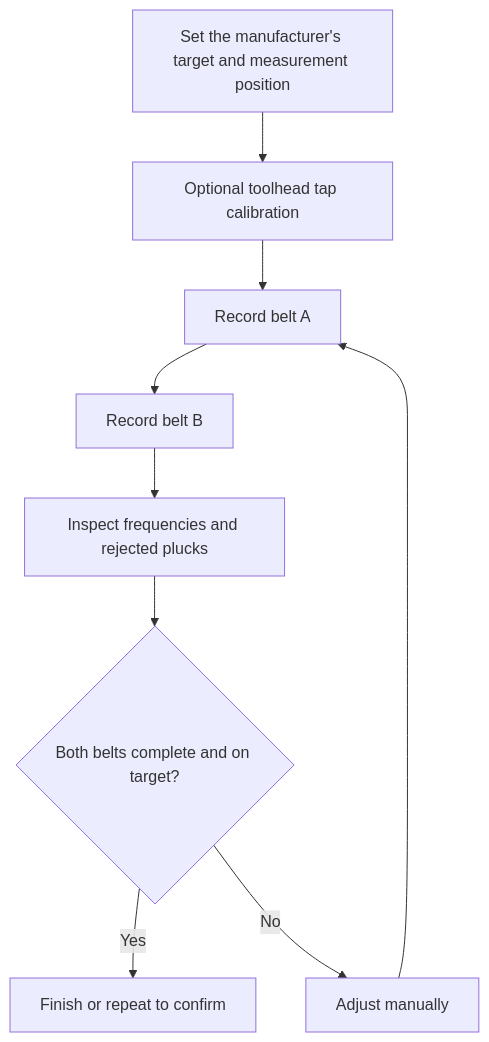
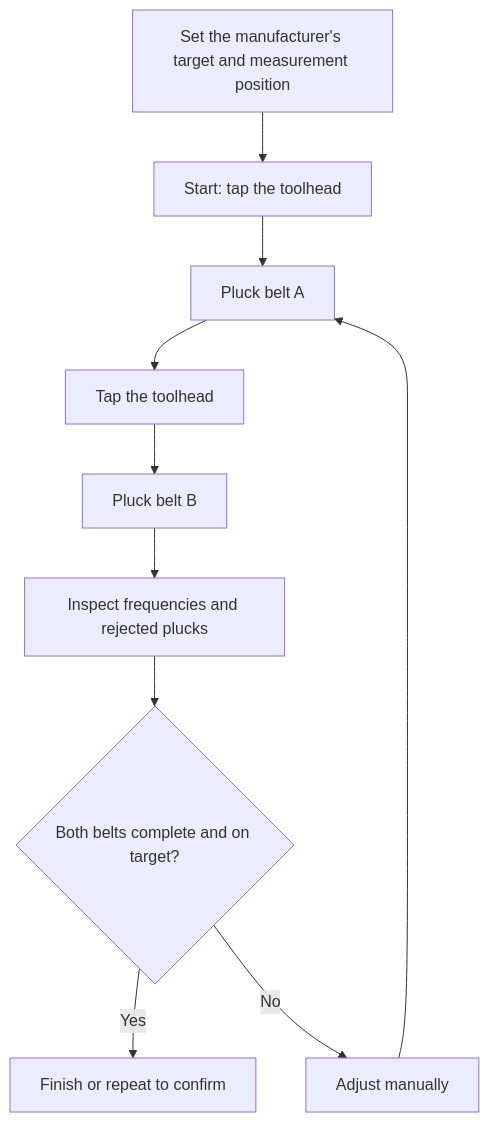
The diagram in docs/USER_GUIDE.md (HydrateFrequently/Chordata), drawn with Mermaid before and after one commit. The commit also changed other lines of this file and 8 other files, not shown here.

First line of the commit message:
Three-tap toolhead setup; every listen ends by itself; free tune saves the whole session

````diff
--- a/docs/USER_GUIDE.md
+++ b/docs/USER_GUIDE.md
@@ -157,11 +157,12 @@
 ```mermaid
 flowchart TD
-    setup[Set the manufacturer's target and measurement position] --> tap[Optional toolhead tap calibration]
-    tap --> a[Record belt A]
-    a --> b[Record belt B]
+    setup[Set the manufacturer's target and measurement position] --> tap[Start: tap the toolhead]
+    tap --> a[Pluck belt A]
+    a --> sw[Tap the toolhead]
+    sw --> b[Pluck belt B]
     b --> inspect[Inspect frequencies and rejected plucks]
     inspect --> decision{Both belts complete and on target?}
     decision -->|Yes| finish[Finish or repeat to confirm]
     decision -->|No| adjust[Adjust manually]
     adjust --> a
 ```
````
